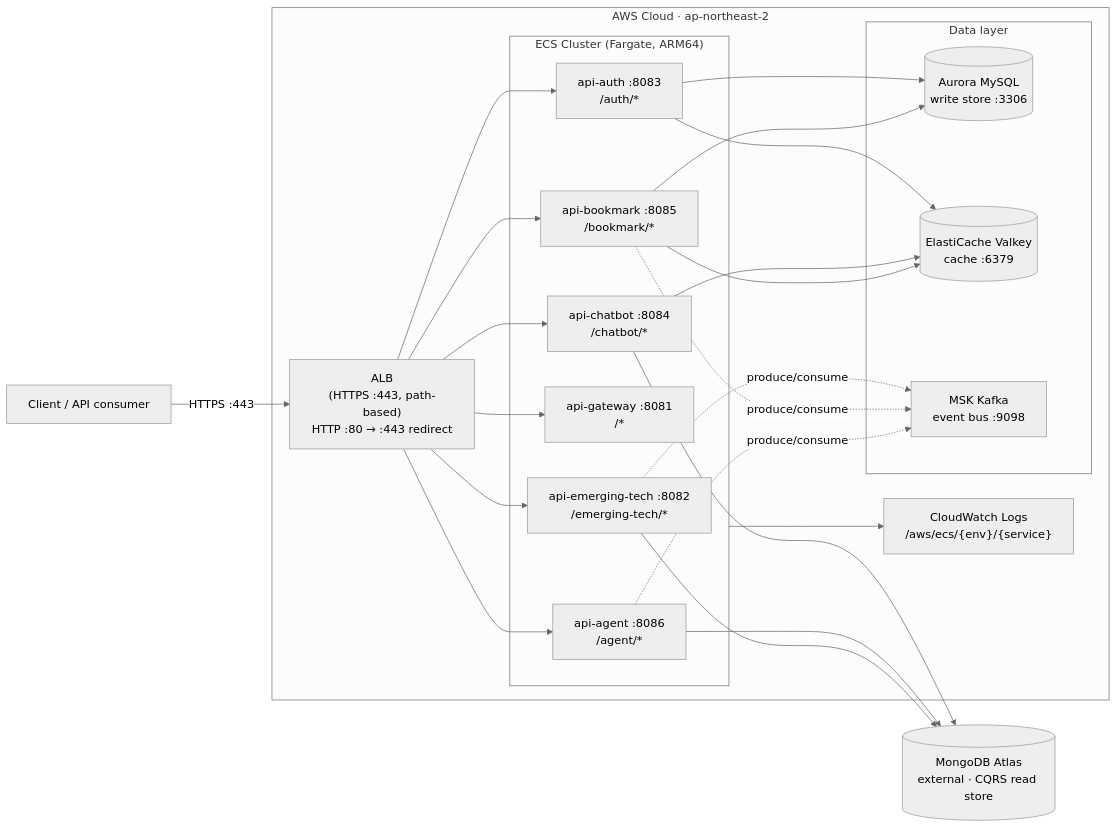
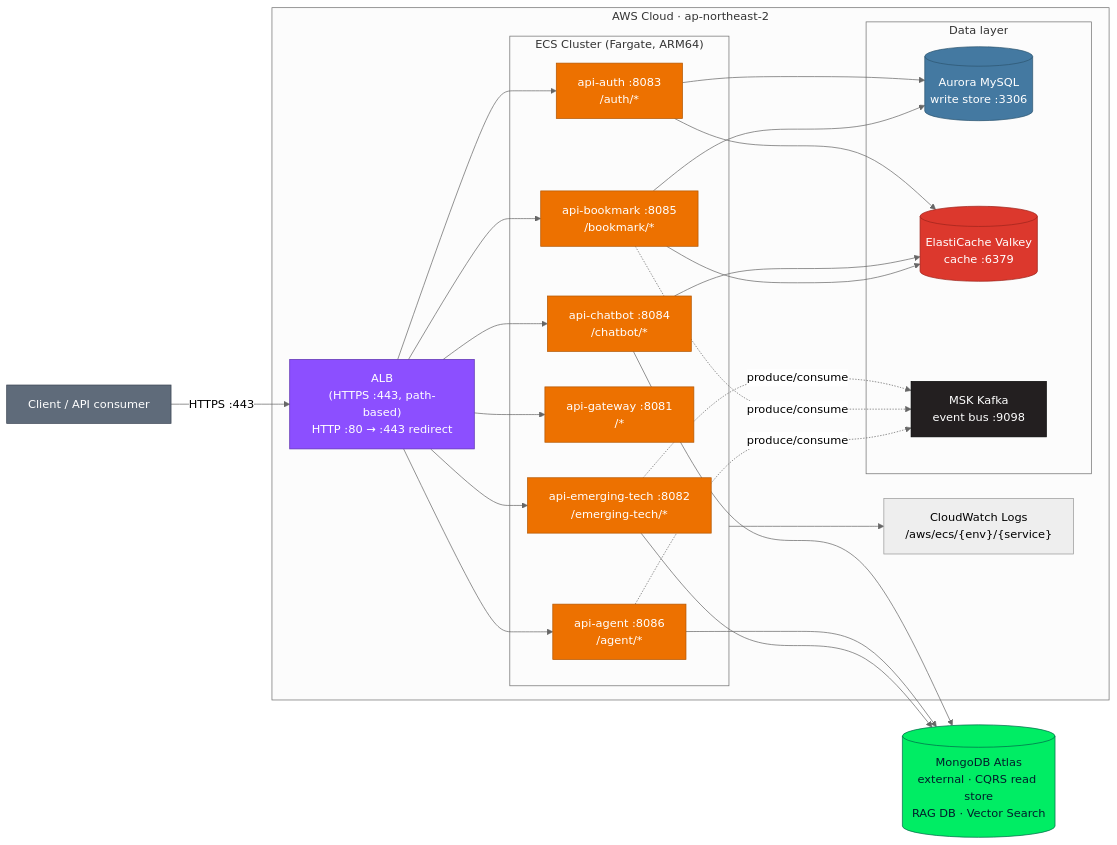
Before and after one commit to thswlsqls/tech-n-ai-backend: the first of 4 diagrams in devops/aws/mermaid/architecture.md, drawn with Mermaid (neutral theme). The commit also changed other lines of this file and 2 other files, not shown here.

Commit message:
docs : [main] 중복 Agent 캡처 삭제 및 아키텍처 다이어그램 색상 구분 (#8)
* docs : [main] 중복된 옛 Admin Agent 채팅 캡처 삭제

2026-07-19 캡처(contents/20260719091109)로 대체되어 README에서 더는
참조하지 않는 옛 캡처 파일(contents/api-agent/2026-04-01/admin agent 1·2.png)을 지운다.

* docs : [main] 아키텍처 다이어그램에 계층별 공식 색상 적용 및 MongoDB RAG 표기

Reference Architecture 다이어그램의 Client·ALB·ECS 서비스·데이터 저장소·MongoDB를
공식 브랜드/AWS 카테고리 색으로 구분해 계층이 한눈에 보이게 한다.
MongoDB Atlas 노드에는 RAG DB·Vector Search 키워드를 덧붙였다.

---------

````diff
--- a/devops/aws/mermaid/architecture.md
+++ b/devops/aws/mermaid/architecture.md
@@ -12,50 +12,67 @@
 ```mermaid
 flowchart LR
     client["Client / API consumer"]
 
     subgraph aws["AWS Cloud · ap-northeast-2"]
         alb["ALB<br/>(HTTPS :443, path-based)<br/>HTTP :80 → :443 redirect"]
 
         subgraph ecs["ECS Cluster (Fargate, ARM64)"]
             gw["api-gateway :8081<br/>/*"]
             auth["api-auth :8083<br/>/auth/*"]
             et["api-emerging-tech :8082<br/>/emerging-tech/*"]
             chat["api-chatbot :8084<br/>/chatbot/*"]
             book["api-bookmark :8085<br/>/bookmark/*"]
             agent["api-agent :8086<br/>/agent/*"]
         end
 
         subgraph data["Data layer"]
             aurora[("Aurora MySQL<br/>write store :3306")]
             valkey[("ElastiCache Valkey<br/>cache :6379")]
             msk["MSK Kafka<br/>event bus :9098"]
         end
 
         logs["CloudWatch Logs<br/>/aws/ecs/{env}/{service}"]
     end
 
-    mongo[("MongoDB Atlas<br/>external · CQRS read store")]
+    mongo[("MongoDB Atlas<br/>external · CQRS read store<br/>RAG DB · Vector Search")]
 
     client -->|HTTPS :443| alb
     alb --> gw & auth & et & chat & book & agent
 
     auth --> aurora
     book --> aurora
     auth --> valkey
     chat --> valkey
     book --> valkey
 
     et -.->|produce/consume| msk
     book -.->|produce/consume| msk
     agent -.->|produce/consume| msk
 
     chat --> mongo
     agent --> mongo
     et --> mongo
 
     ecs --> logs
 
     %% 환경 차이: dev 에는 MSK 노드와 점선 연결이 없음. beta=MSK Serverless, prod=MSK Provisioned(3 broker).
     %% ALB 프로토콜: prod=HTTPS 443(+80 리다이렉트), dev/beta=HTTP 80. 위 그림은 prod 기준.
     %% 프런트(Amplify/CloudFront)는 모듈만 있고 미배포 → 진입점은 ALB 뿐.
+
+    %% 색상: 공식 브랜드·AWS 카테고리 색으로 계층을 한눈에 구분
+    classDef cons fill:#5F6B7A,stroke:#3B4453,color:#fff
+    classDef lb fill:#8C4FFF,stroke:#5B2FB0,color:#fff
+    classDef svc fill:#ED7100,stroke:#B35600,color:#fff
+    classDef rdb fill:#4479A1,stroke:#2D5570,color:#fff
+    classDef cache fill:#DC382D,stroke:#9E241C,color:#fff
+    classDef bus fill:#231F20,stroke:#000000,color:#fff
+    classDef mongodb fill:#00ED64,stroke:#00684A,color:#001E2B
+
+    class client cons
+    class alb lb
+    class gw,auth,et,chat,book,agent svc
+    class aurora rdb
+    class valkey cache
+    class msk bus
+    class mongo mongodb
 ```
````
